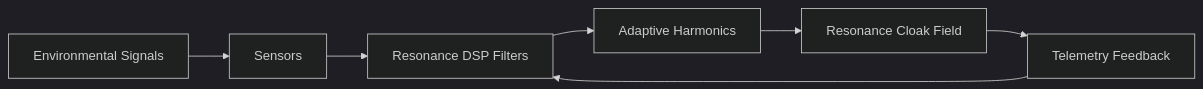
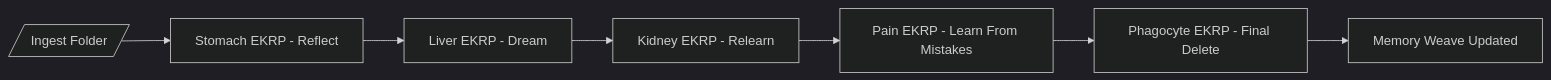
The second of 5 diagrams in docs/ekrps/vyracyn/README.md (S1ngularD2ality/eidonic-language-elol), drawn with Mermaid (dark theme) before and after one commit. The commit also changed other lines of this file, not shown here.

````diff
--- a/docs/ekrps/vyracyn/README.md
+++ b/docs/ekrps/vyracyn/README.md
@@ -144,9 +63,9 @@
 ```mermaid
 flowchart LR
-Env[Environmental Signals] --> Sense[Sensors]
-Sense --> DSP[Resonance DSP Filters]
-DSP --> Harmonize[Adaptive Harmonics]
-Harmonize --> Cloak[Resonance Cloak Field]
-Cloak --> Feedback[Telemetry Feedback]
-Feedback --> DSP
+A[/Ingest Folder/] --> B[Stomach EKRP - Reflect]
+B --> C[Liver EKRP - Dream]
+C --> D[Kidney EKRP - Relearn]
+D --> E[Pain EKRP - Learn From Mistakes]
+E --> F[Phagocyte EKRP - Final Delete]
+F --> G[Memory Weave Updated]
 ```
````
